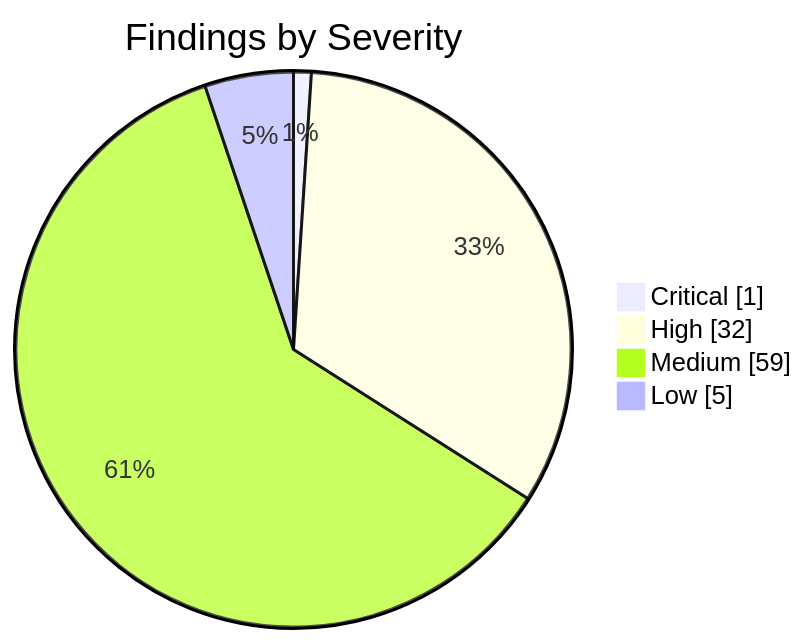
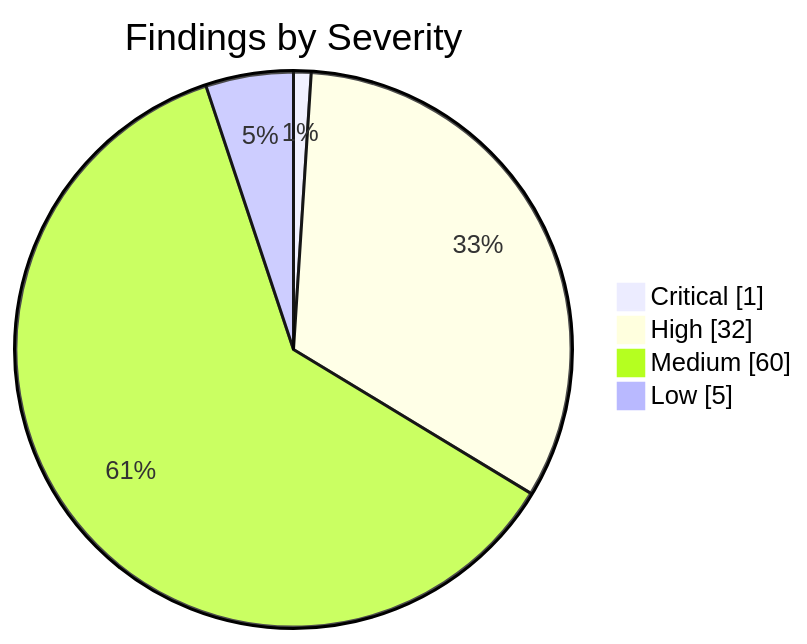
Before and after one commit to KBVE/kbve: the first of 2 diagrams in apps/kbve/astro-kbve/src/content/docs/dashboard/security.mdx, drawn with Mermaid. The commit also changed other lines of this file and 7 other files, not shown here.

````diff
--- a/apps/kbve/astro-kbve/src/content/docs/dashboard/security.mdx
+++ b/apps/kbve/astro-kbve/src/content/docs/dashboard/security.mdx
@@ -62,8 +62,8 @@
 ```mermaid
 pie showData
     title Findings by Severity
     "Critical" : 1
     "High" : 32
-    "Medium" : 59
+    "Medium" : 60
     "Low" : 5
 ```
````
